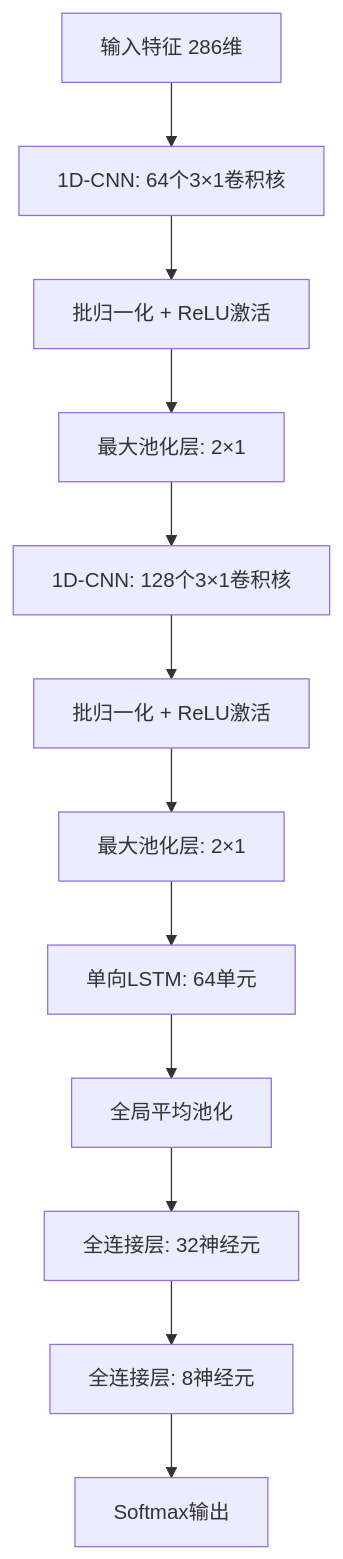
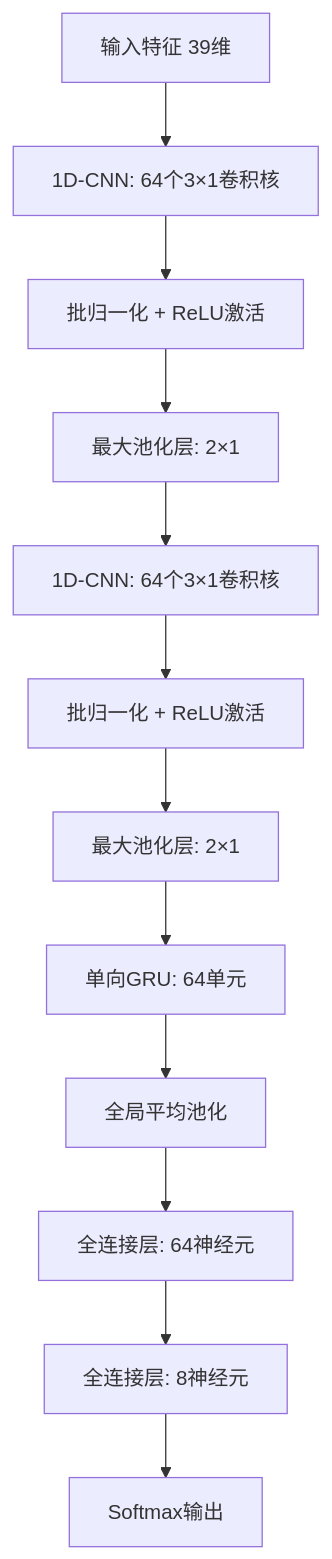
One commit to sting1000/EdgeVoice changed the second of 4 diagrams in docs/EdgeVoice_技术方案详细说明.md. Above: the diagram before and after it, drawn with Mermaid. The commit also changed other lines of this file and 2 other files, not shown here.

````diff
--- a/docs/EdgeVoice_技术方案详细说明.md
+++ b/docs/EdgeVoice_技术方案详细说明.md
@@ -86,14 +81,14 @@
 ```mermaid
 flowchart TB
-    A[输入特征 286维] --> B[1D-CNN: 64个3×1卷积核]
+    A[输入特征 39维] --> B[1D-CNN: 64个3×1卷积核]
     B --> C[批归一化 + ReLU激活]
     C --> D[最大池化层: 2×1]
-    D --> E[1D-CNN: 128个3×1卷积核]
+    D --> E[1D-CNN: 64个3×1卷积核]
     E --> F[批归一化 + ReLU激活]
     F --> G[最大池化层: 2×1]
-    G --> H[单向LSTM: 64单元]
+    G --> H[单向GRU: 64单元]
     H --> I[全局平均池化]
-    I --> J[全连接层: 32神经元]
+    I --> J[全连接层: 64神经元]
     J --> K[全连接层: 8神经元]
     K --> L[Softmax输出]
 ```
````
